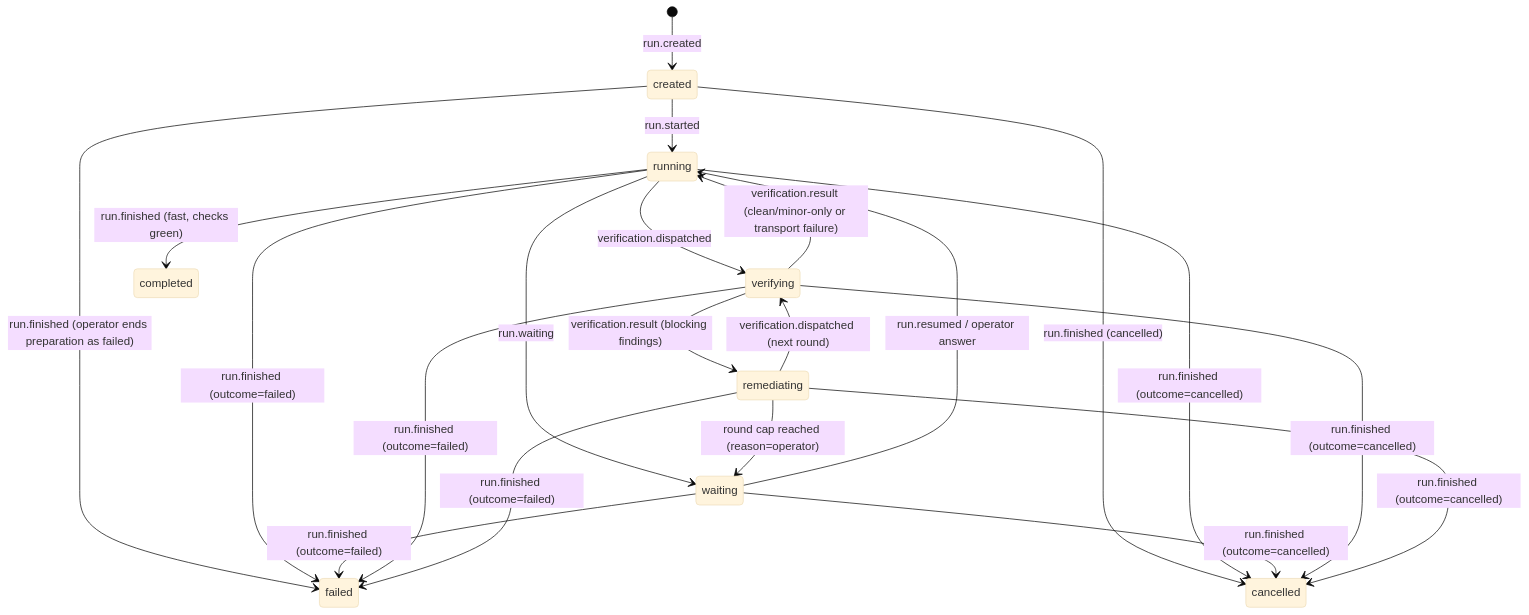
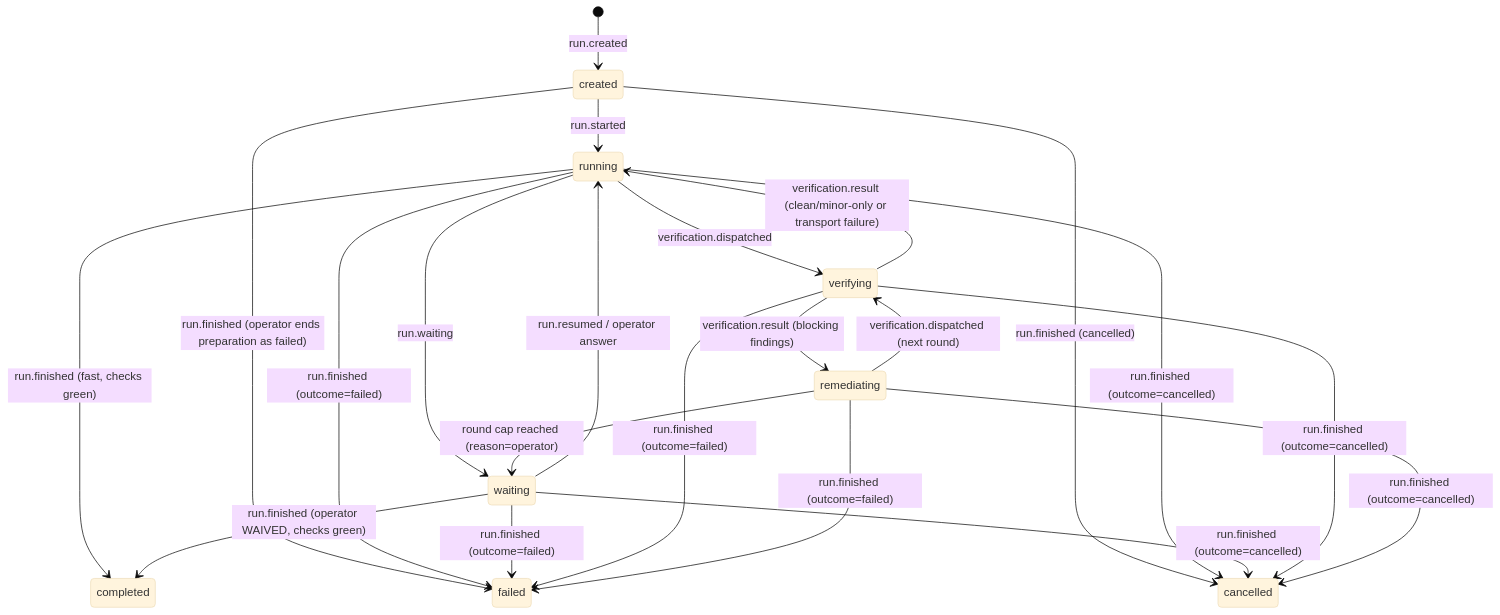
Before and after one commit to darndestdabbler/dabbler-ai-orchestration: the first of 2 diagrams in docs/run-core-blueprint.md, drawn with Mermaid (base theme). The commit also changed other lines of this file and 17 other files, not shown here.

````diff
--- a/docs/run-core-blueprint.md
+++ b/docs/run-core-blueprint.md
@@ -172,23 +183,24 @@
 ```mermaid
 stateDiagram-v2
    [*] --> created: run.created
    created --> running: run.started
    created --> failed: run.finished (operator ends preparation as failed)
    created --> cancelled: run.finished (cancelled)
     running --> waiting: run.waiting
     waiting --> running: run.resumed / operator answer
     running --> verifying: verification.dispatched
     verifying --> remediating: verification.result (blocking findings)
       verifying --> running: verification.result (clean/minor-only or transport failure)
     remediating --> verifying: verification.dispatched (next round)
     remediating --> waiting: round cap reached (reason=operator)
     running --> completed: run.finished (fast, checks green)
+      waiting --> completed: run.finished (operator WAIVED, checks green)
     running --> failed: run.finished (outcome=failed)
       waiting --> failed: run.finished (outcome=failed)
       verifying --> failed: run.finished (outcome=failed)
       remediating --> failed: run.finished (outcome=failed)
     running --> cancelled: run.finished (outcome=cancelled)
     waiting --> cancelled: run.finished (outcome=cancelled)
     verifying --> cancelled: run.finished (outcome=cancelled)
     remediating --> cancelled: run.finished (outcome=cancelled)
 ```
````
